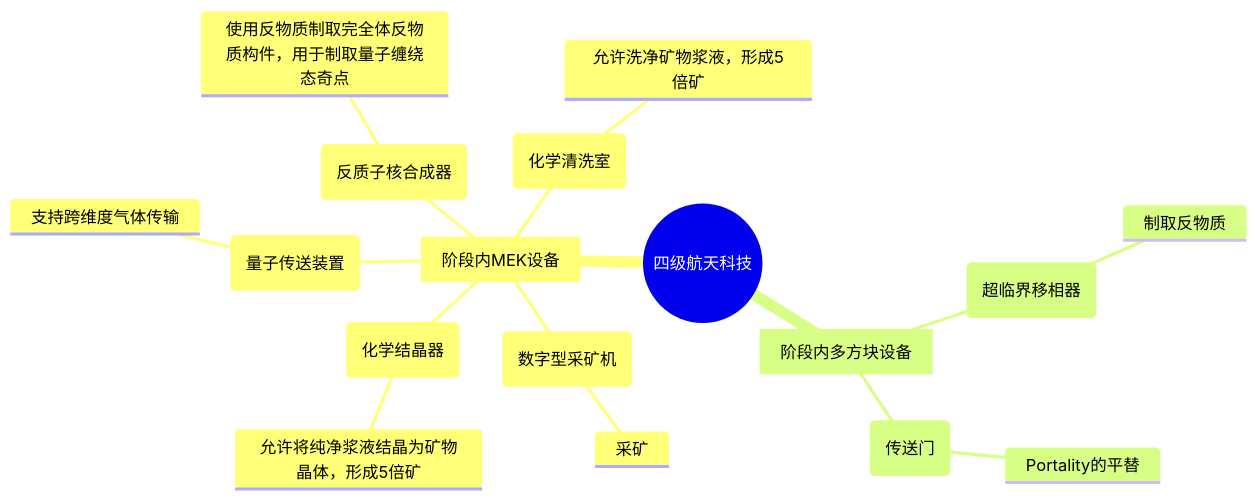
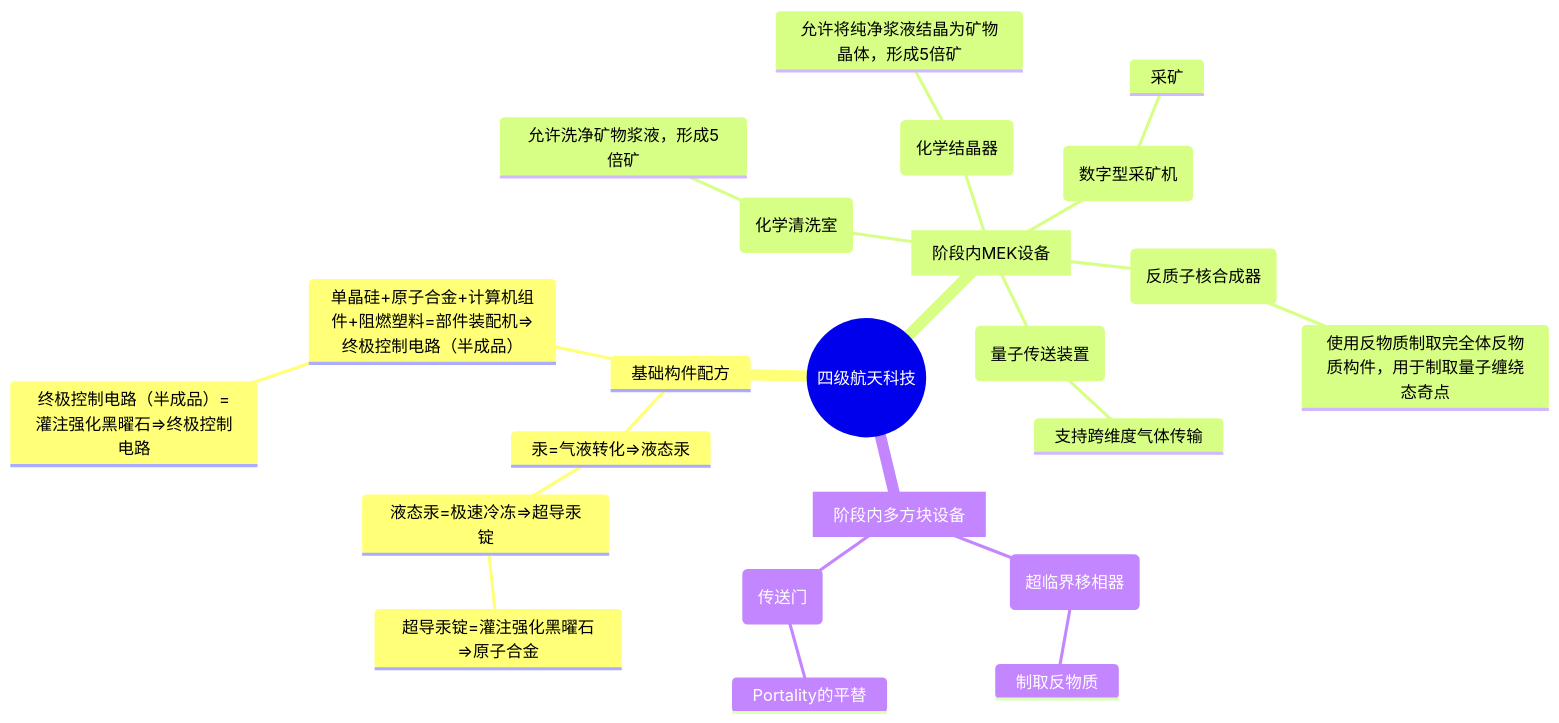
The fourth of 4 diagrams in Developer/TechTreeMap.md (VechniMetel/CodeNameCIM2), drawn with Mermaid before and after one commit. The commit also changed other lines of this file and 1 other file, not shown here.

````diff
--- a/Developer/TechTreeMap.md
+++ b/Developer/TechTreeMap.md
@@ -87,20 +104,26 @@
 ``` mermaid
 mindmap
     root((四级航天科技))
+        基础构件配方
+            汞=气液转化=>液态汞
+                液态汞=极速冷冻=>超导汞锭
+                    超导汞锭=灌注强化黑曜石=>原子合金
+            单晶硅+原子合金+计算机组件+阻燃塑料=部件装配机=>终极控制电路（半成品）
+                终极控制电路（半成品）=灌注强化黑曜石=>终极控制电路
         [阶段内MEK设备]
             (化学清洗室)
                 允许洗净矿物浆液，形成5倍矿
             (化学结晶器)
                 允许将纯净浆液结晶为矿物晶体，形成5倍矿
             (数字型采矿机)
                 采矿
             (反质子核合成器)
                 使用反物质制取完全体反物质构件，用于制取量子缠绕态奇点
             (量子传送装置)
                 支持跨维度气体传输
         [阶段内多方块设备]
             (超临界移相器)
                 制取反物质
             (传送门)
                 Portality的平替
 ```
````
